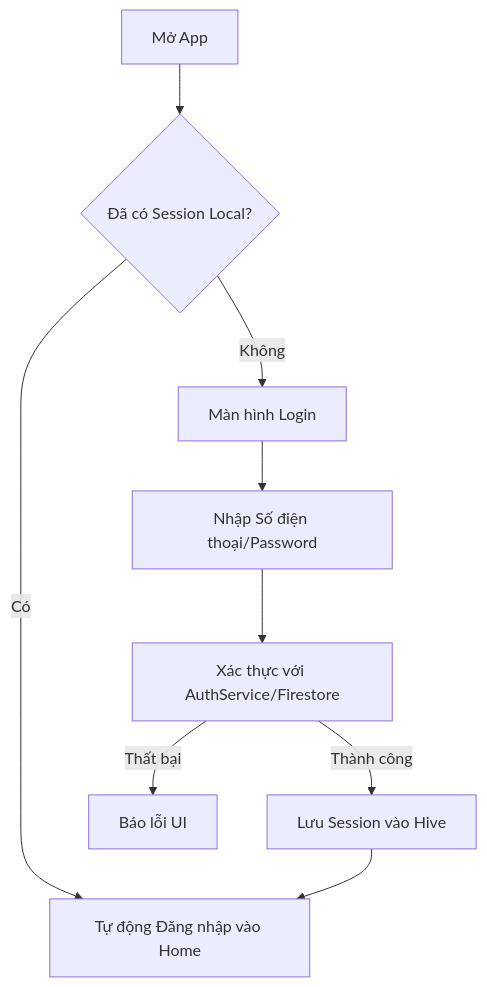
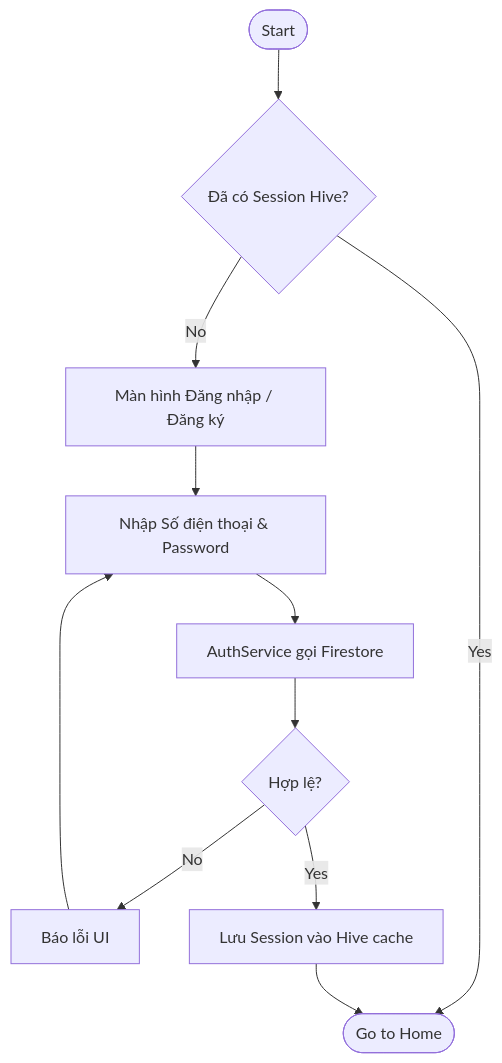
Before and after one commit to hdungx0795/AnNgon_Dung_Hiep_Khuong_N03_1_2026: the third of 7 diagrams in docs/system_design.md, drawn with Mermaid. The commit also changed other lines of this file and 5 other files, not shown here.

````diff
--- a/docs/system_design.md
+++ b/docs/system_design.md
@@ -87,11 +128,12 @@
 ```mermaid
-graph TD
-    A[Mở App] --> B{Đã có Session Local?}
-    B -- Có --> C[Tự động Đăng nhập vào Home]
-    B -- Không --> G[Màn hình Login]
-    G --> H[Nhập Số điện thoại/Password]
-    H --> I[Xác thực với AuthService/Firestore]
-    I -- Thành công --> J[Lưu Session vào Hive]
-    J --> C
-    I -- Thất bại --> K[Báo lỗi UI]
+flowchart TD
+    Start([Start]) --> Check{Đã có Session Hive?}
+    Check -- Yes --> Home([Go to Home])
+    Check -- No --> Auth[Màn hình Đăng nhập / Đăng ký]
+    Auth --> Input[Nhập Số điện thoại & Password]
+    Input --> CallAuth[AuthService gọi Firestore]
+    CallAuth --> Valid{Hợp lệ?}
+    Valid -- No --> Err[Báo lỗi UI] --> Input
+    Valid -- Yes --> SaveSession[Lưu Session vào Hive cache]
+    SaveSession --> Home
 ```
````
